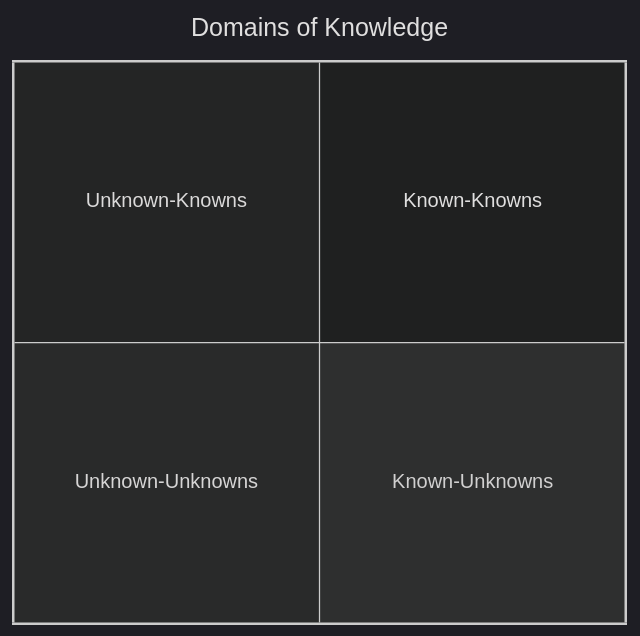
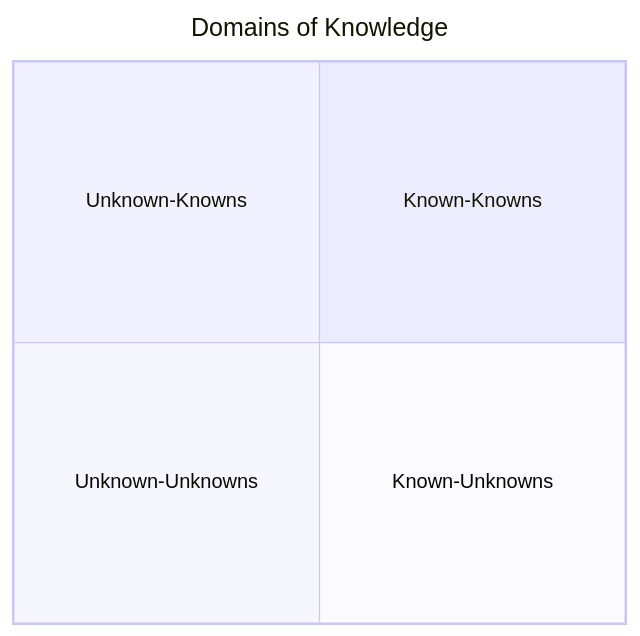
The first of 2 diagrams in src/lib/content/posts/toxic.md (k-cross/blog), drawn with Mermaid before and after one commit. The commit also changed other lines of this file and 7 other files, not shown here.

Commit message:
fix mermaid graphs

````diff
--- a/src/lib/content/posts/toxic.md
+++ b/src/lib/content/posts/toxic.md
@@ -31,9 +31,8 @@
 ```mermaid
-%%{init: {'theme':'dark'}}%%
 quadrantChart
     title Domains of Knowledge
     quadrant-1 "Known-Knowns"
     quadrant-2 "Unknown-Knowns"
     quadrant-3 "Unknown-Unknowns"
     quadrant-4 "Known-Unknowns"
 ```
````
